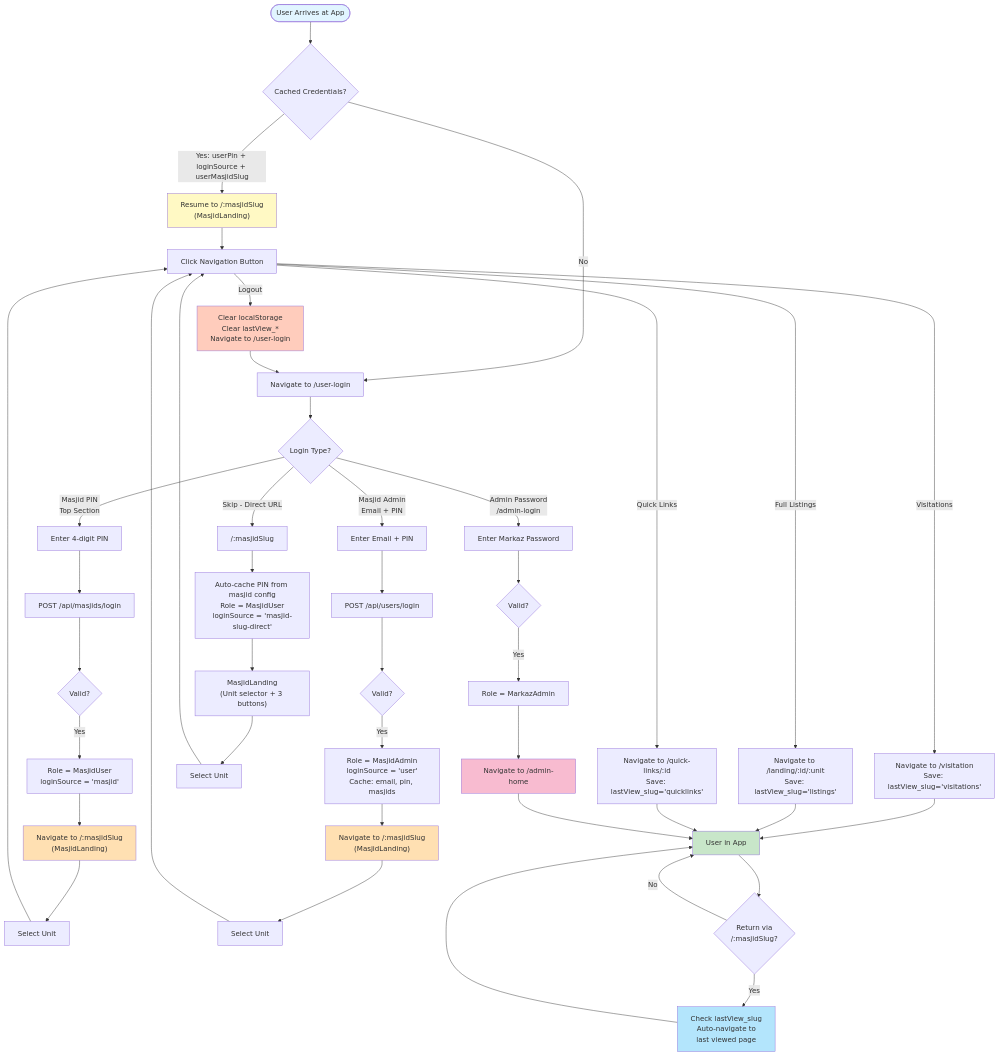
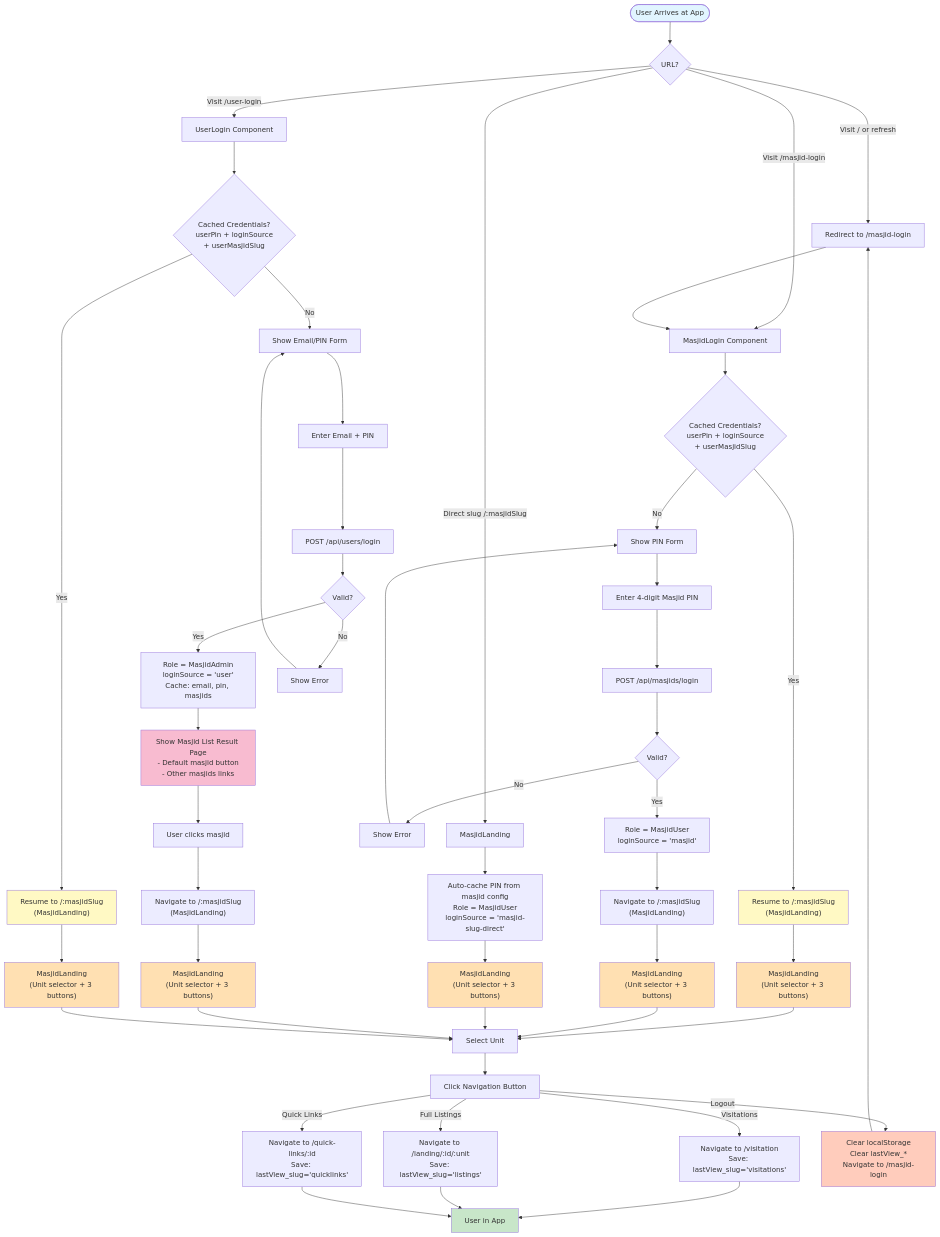
One commit to akifshaikh73/markaz-ui changed the diagram in docs/login_flow.md. Above: the diagram before and after it, drawn with Mermaid. The commit also changed other lines of this file and 3 other files, not shown here.

````diff
--- a/docs/login_flow.md
+++ b/docs/login_flow.md
@@ -120,70 +127,81 @@
 ```mermaid
 graph TD
-    Start([User Arrives at App]) --> Check{Cached Credentials?}
-    
-    Check -->|Yes: userPin + loginSource + userMasjidSlug| Resume["Resume to /:masjidSlug<br/>(MasjidLanding)"]
-    Check -->|No| LoginPage["Navigate to /user-login"]
-    
-    LoginPage --> LoginChoice{Login Type?}
-    
-    %% MasjidUser PIN Login
-    LoginChoice -->|Masjid PIN<br/>Top Section| PIN["Enter 4-digit PIN"]
-    PIN --> PINCall["POST /api/masjids/login"]
+    Start([User Arrives at App]) --> URLCheck{URL?}
+
+    URLCheck -->|Visit / or refresh| Redirect["Redirect to /masjid-login"]
+    URLCheck -->|Visit /masjid-login| MasjidLoginPage["MasjidLogin Component"]
+    URLCheck -->|Visit /user-login| UserLoginPage["UserLogin Component"]
+    URLCheck -->|Direct slug /:masjidSlug| DirectSlug["MasjidLanding"]
+
+    Redirect --> MasjidLoginPage
+
+    %% MasjidLogin component
+    MasjidLoginPage --> SessionCheck1{Cached Credentials?<br/>userPin + loginSource<br/>+ userMasjidSlug}
+    SessionCheck1 -->|Yes| Resume1["Resume to /:masjidSlug<br/>(MasjidLanding)"]
+    SessionCheck1 -->|No| ShowMasjidForm["Show PIN Form"]
+
+    ShowMasjidForm --> PINForm["Enter 4-digit Masjid PIN"]
+    PINForm --> PINCall["POST /api/masjids/login"]
     PINCall --> PINSuccess{Valid?}
     PINSuccess -->|Yes| PINRole["Role = MasjidUser<br/>loginSource = 'masjid'"]
-    PINRole --> MasjidLanding1["Navigate to /:masjidSlug<br/>(MasjidLanding)"]
-    
-    %% MasjidAdmin Email Login
-    LoginChoice -->|Masjid Admin<br/>Email + PIN| Email["Enter Email + PIN"]
-    Email --> EmailCall["POST /api/users/login"]
-    EmailCall --> EmailSuccess{Valid?}
-    EmailSuccess -->|Yes| AdminRole["Role = MasjidAdmin<br/>loginSource = 'user'<br/>Cache: email, pin, masjids"]
-    AdminRole --> MasjidLanding2["Navigate to /:masjidSlug<br/>(MasjidLanding)"]
-    
+    PINRole --> PINNav["Navigate to /:masjidSlug<br/>(MasjidLanding)"]
+    PINSuccess -->|No| PINError["Show Error"]
+    PINError --> ShowMasjidForm
+
+    %% UserLogin component
+    UserLoginPage --> SessionCheck2{Cached Credentials?<br/>userPin + loginSource<br/>+ userMasjidSlug}
+    SessionCheck2 -->|Yes| Resume2["Resume to /:masjidSlug<br/>(MasjidLanding)"]
+    SessionCheck2 -->|No| ShowUserForm["Show Email/PIN Form"]
+
+    ShowUserForm --> UserForm["Enter Email + PIN"]
+    UserForm --> UserCall["POST /api/users/login"]
+    UserCall --> UserSuccess{Valid?}
+    UserSuccess -->|Yes| UserRole["Role = MasjidAdmin<br/>loginSource = 'user'<br/>Cache: email, pin, masjids"]
+    UserRole --> ResultPage["Show Masjid List Result Page<br/>- Default masjid button<br/>- Other masjids links"]
+    UserSuccess -->|No| UserError["Show Error"]
+    UserError --> ShowUserForm
+
+    ResultPage --> UserSelectMasjid["User clicks masjid"]
+    UserSelectMasjid --> UserNav["Navigate to /:masjidSlug<br/>(MasjidLanding)"]
+
     %% Direct Slug Entry (auto-login, no form)
-    LoginChoice -->|Skip - Direct URL| DirectSlug["/:masjidSlug"]
-    DirectSlug --> SlugAutoCache["Auto-cache PIN from masjid config\nRole = MasjidUser\nloginSource = 'masjid-slug-direct'"]
-    SlugAutoCache --> MasjidLanding3["MasjidLanding\n(Unit selector + 3 buttons)"]
-    
-    %% MarkazAdmin
-    LoginChoice -->|Admin Password<br/>/admin-login| AdminPW["Enter Markaz Password"]
-    AdminPW --> AdminPWValid{Valid?}
-    AdminPWValid -->|Yes| AdminRole2["Role = MarkazAdmin"]
-    AdminRole2 --> AdminHome["Navigate to /admin-home"]
-    
+    DirectSlug --> SlugAutoCache["Auto-cache PIN from masjid config<br/>Role = MasjidUser<br/>loginSource = 'masjid-slug-direct'"]
+    SlugAutoCache --> MasjidLanding3["MasjidLanding<br/>(Unit selector + 3 buttons)"]
+
     %% MasjidLanding flows
-    MasjidLanding1 --> MasjidSelect1["Select Unit"]
-    MasjidLanding2 --> MasjidSelect2["Select Unit"]
-    MasjidLanding3 --> MasjidSelect3["Select Unit"]
-    MasjidSelect1 --> NavChoice["Click Navigation Button"]
-    MasjidSelect2 --> NavChoice
-    MasjidSelect3 --> NavChoice
-    Resume --> NavChoice
-    
+    Resume1 --> MasjidLanding1["MasjidLanding<br/>(Unit selector + 3 buttons)"]
+    PINNav --> MasjidLanding2["MasjidLanding<br/>(Unit selector + 3 buttons)"]
+    UserNav --> MasjidLanding4["MasjidLanding<br/>(Unit selector + 3 buttons)"]
+    Resume2 --> MasjidLanding5["MasjidLanding<br/>(Unit selector + 3 buttons)"]
+
+    MasjidLanding1 --> MasjidSelect["Select Unit"]
+    MasjidLanding2 --> MasjidSelect
+    MasjidLanding3 --> MasjidSelect
+    MasjidLanding4 --> MasjidSelect
+    MasjidLanding5 --> MasjidSelect
+
+    MasjidSelect --> NavChoice["Click Navigation Button"]
+
     NavChoice -->|Visitations| Visits["Navigate to /visitation<br/>Save: lastView_slug='visitations'"]
     NavChoice -->|Full Listings| List["Navigate to /landing/:id/:unit<br/>Save: lastView_slug='listings'"]
     NavChoice -->|Quick Links| Quick["Navigate to /quick-links/:id<br/>Save: lastView_slug='quicklinks'"]
-    
-    NavChoice -->|Logout| Logout["Clear localStorage<br/>Clear lastView_*<br/>Navigate to /user-login"]
-    
+
+    NavChoice -->|Logout| Logout["Clear localStorage<br/>Clear lastView_*<br/>Navigate to /masjid-login"]
+
     Visits --> App["User in App"]
     List --> App
     Quick --> App
-    AdminHome --> App
-    Logout --> LoginPage
-    
-    %% Return visits
-    App --> ReturnCheck{Return via<br/>/:masjidSlug?}
-    ReturnCheck -->|Yes| AutoNav["Check lastView_slug<br/>Auto-navigate to<br/>last viewed page"]
-    ReturnCheck -->|No| App
-    AutoNav --> App
+    Logout --> Redirect
 
     style Start fill:#e1f5ff
     style App fill:#c8e6c9
-    style Resume fill:#fff9c4
+    style Resume1 fill:#fff9c4
+    style Resume2 fill:#fff9c4
     style MasjidLanding1 fill:#ffe0b2
     style MasjidLanding2 fill:#ffe0b2
-    style AdminHome fill:#f8bbd0
+    style MasjidLanding3 fill:#ffe0b2
+    style MasjidLanding4 fill:#ffe0b2
+    style MasjidLanding5 fill:#ffe0b2
+    style ResultPage fill:#f8bbd0
     style Logout fill:#ffccbc
-    style AutoNav fill:#b3e5fc
 ```
````
